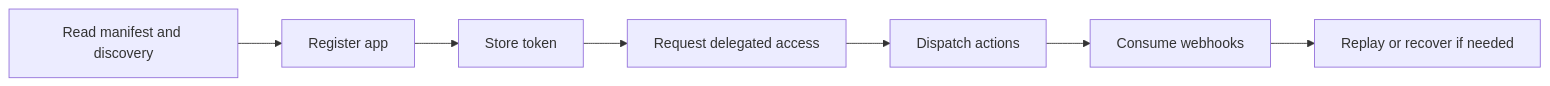
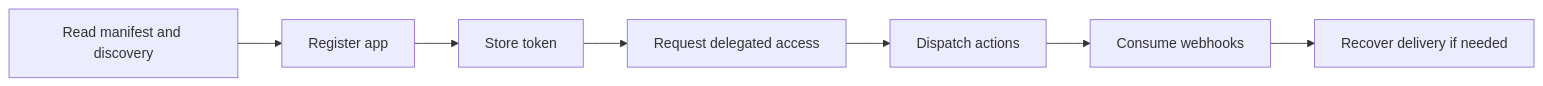
Before and after one commit to TheOpenSocial/openchat: the diagram in docs/examples/protocol-partner-quickstart.md, drawn with Mermaid. The commit also changed other lines of this file and 20 other files, not shown here.

````diff
--- a/docs/examples/protocol-partner-quickstart.md
+++ b/docs/examples/protocol-partner-quickstart.md
@@ -20,9 +20,9 @@
 ```mermaid
 flowchart LR
     A["Read manifest and discovery"] --> B["Register app"]
     B --> C["Store token"]
     C --> D["Request delegated access"]
     D --> E["Dispatch actions"]
     E --> F["Consume webhooks"]
-    F --> G["Replay or recover if needed"]
+    F --> G["Recover delivery if needed"]
 ```
````
